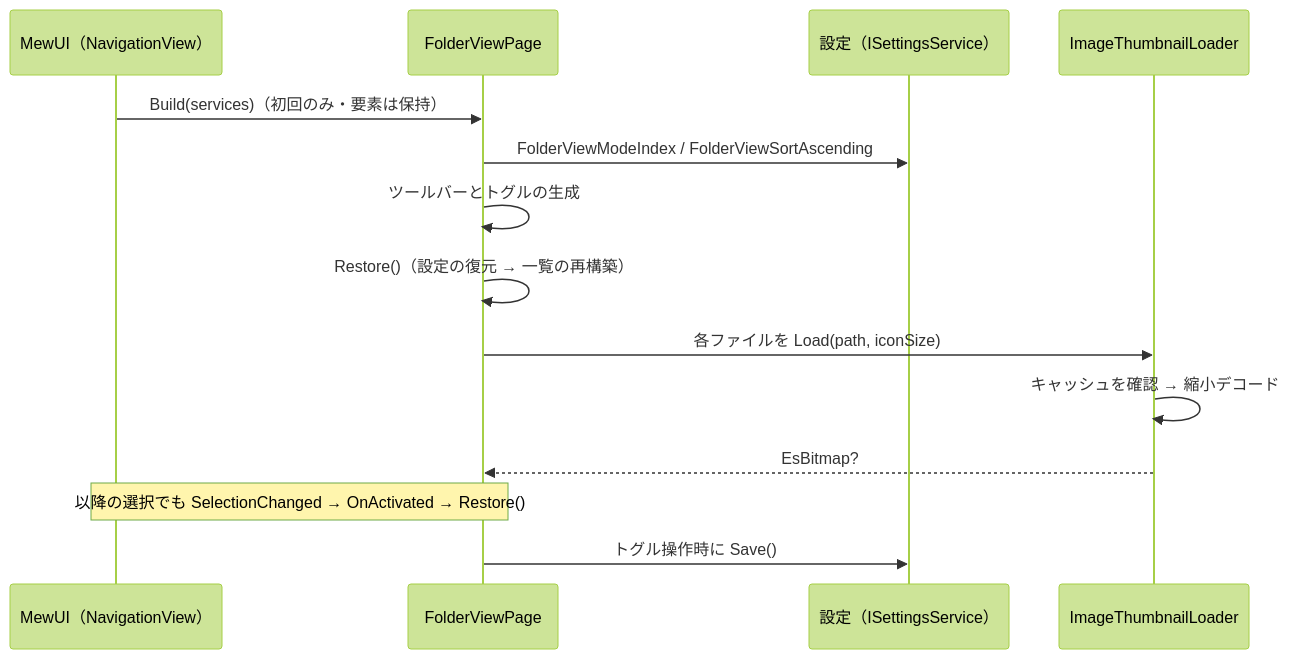
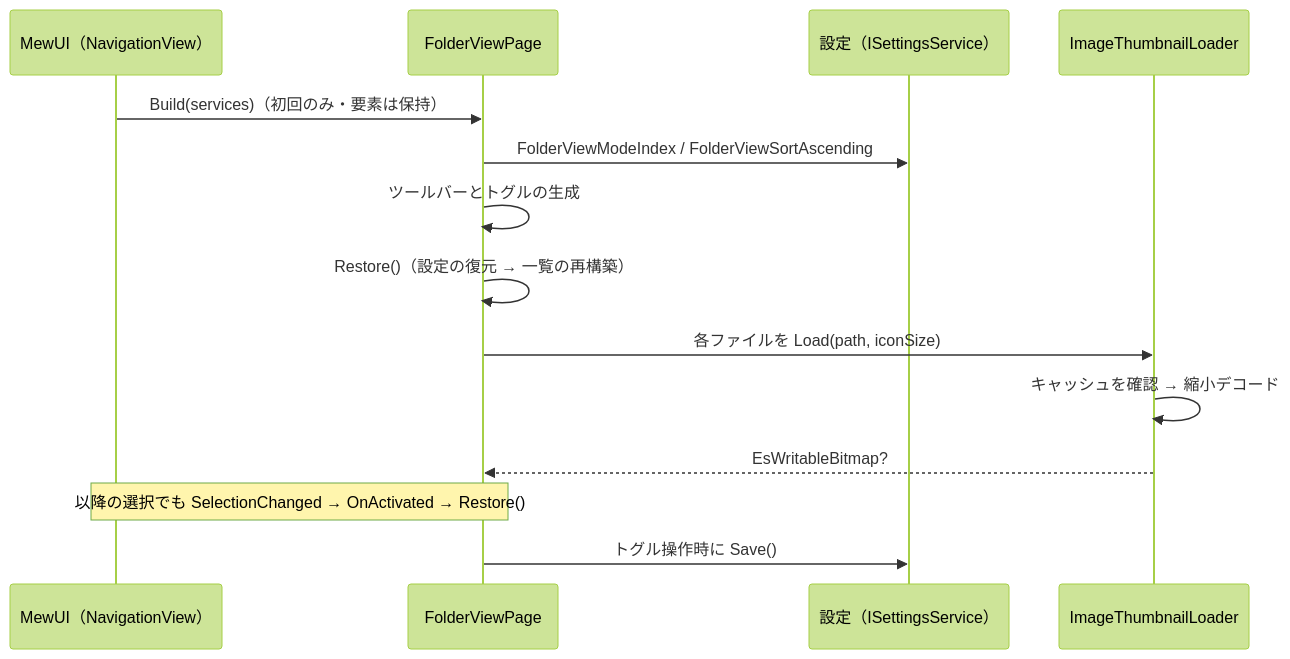
Before and after one commit to tomokuni/SaveEvidence: the fifth of 12 diagrams in src/App.MewUI/docs/SPEC_System.md, drawn with Mermaid (forest theme). The commit also changed other lines of this file and 33 other files, not shown here.

````diff
--- a/src/App.MewUI/docs/SPEC_System.md
+++ b/src/App.MewUI/docs/SPEC_System.md
@@ -427,17 +427,17 @@
 ```mermaid
 sequenceDiagram
     participant MW as MewUI（NavigationView）
     participant FW as FolderViewPage
     participant ST as 設定（ISettingsService）
     participant IL as ImageThumbnailLoader
 
     MW->>FW: Build(services)（初回のみ・要素は保持）
     FW->>ST: FolderViewModeIndex / FolderViewSortAscending
     FW->>FW: ツールバーとトグルの生成
     FW->>FW: Restore()（設定の復元 → 一覧の再構築）
     FW->>IL: 各ファイルを Load(path, iconSize)
     IL->>IL: キャッシュを確認 → 縮小デコード
-    IL-->>FW: EsBitmap?
+    IL-->>FW: EsWritableBitmap?
     Note over MW,FW: 以降の選択でも SelectionChanged → OnActivated → Restore()
     FW->>ST: トグル操作時に Save()
 ```
````
